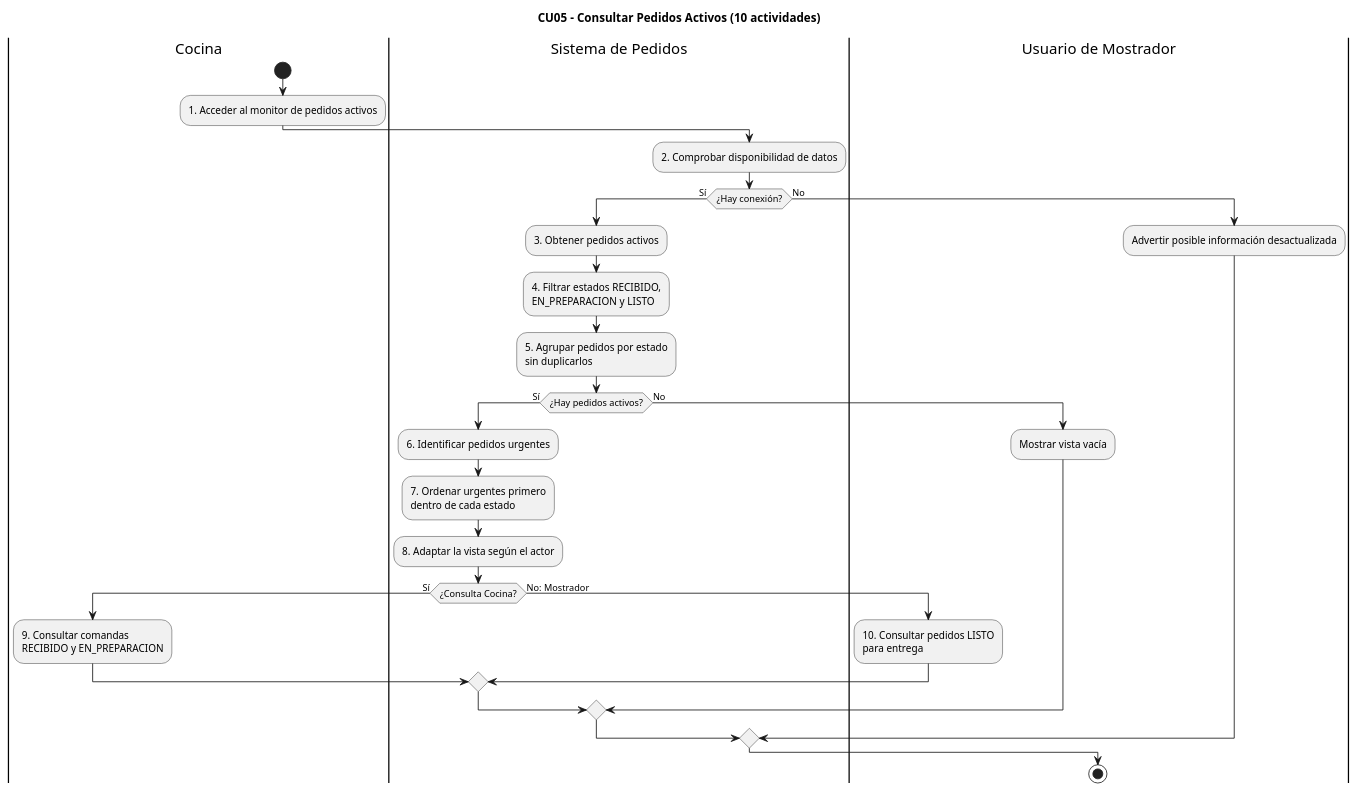
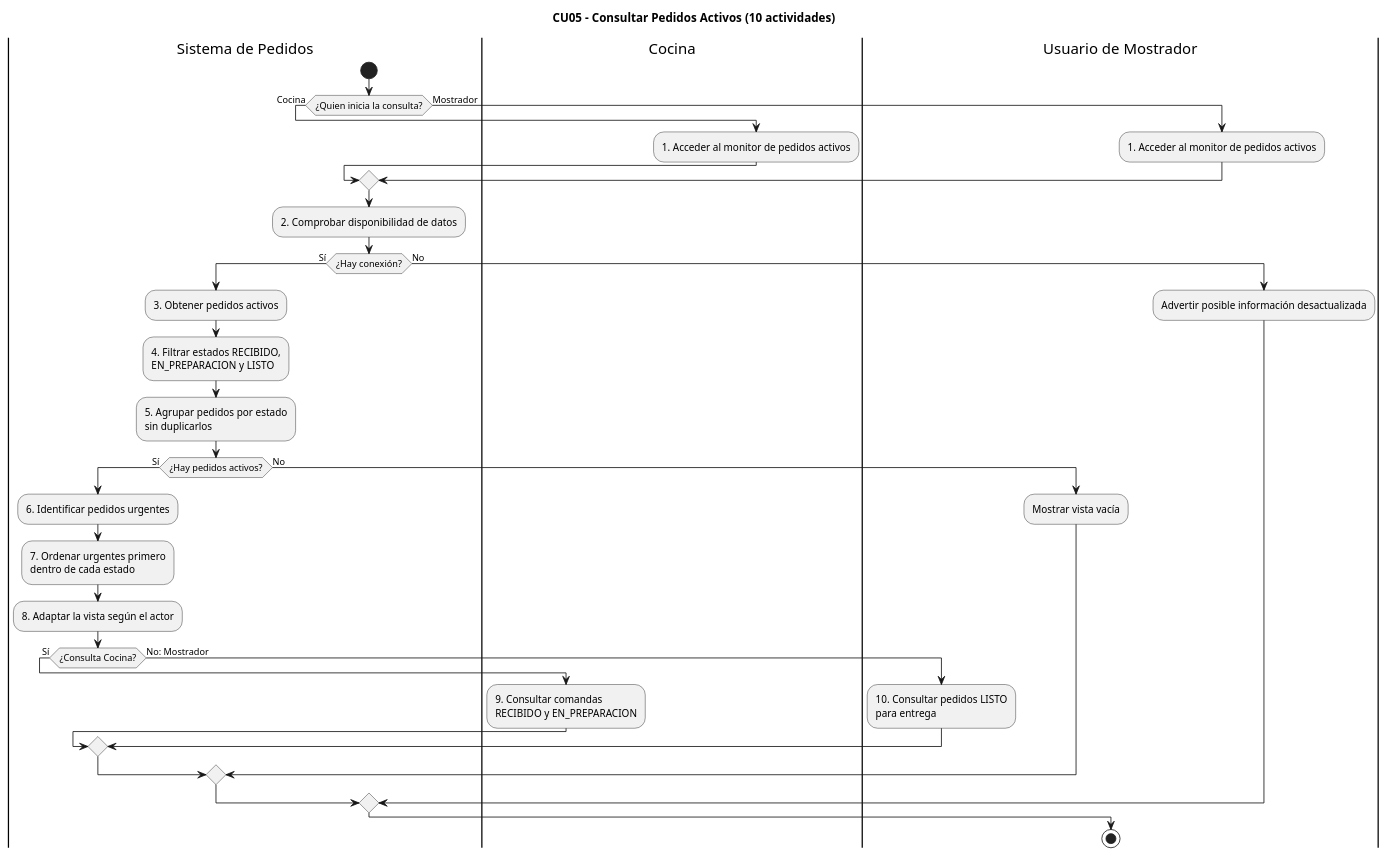
Before and after one commit to eloeyhe/SistemaPedidos: the diagram in diagramas/04-diagramas-actividades/04-actividad-consultar-pedidos-activos-05.puml, drawn with PlantUML. The commit also changed 7 other files, not shown here.

```diff
--- a/diagramas/04-diagramas-actividades/04-actividad-consultar-pedidos-activos-05.puml
+++ b/diagramas/04-diagramas-actividades/04-actividad-consultar-pedidos-activos-05.puml
@@ -1,37 +1,44 @@
 @startuml
 title CU05 - Consultar Pedidos Activos (10 actividades)
 
-|Cocina|
+|Sistema de Pedidos|
 start
-:1. Acceder al monitor de pedidos activos;
+
+if (¿Quien inicia la consulta?) then (Cocina)
+  |Cocina|
+  :1. Acceder al monitor de pedidos activos;
+else (Mostrador)
+  |Usuario de Mostrador|
+  :1. Acceder al monitor de pedidos activos;
+endif
 
 |Sistema de Pedidos|
 :2. Comprobar disponibilidad de datos;
 if (¿Hay conexión?) then (Sí)
   :3. Obtener pedidos activos;
   :4. Filtrar estados RECIBIDO,
 EN_PREPARACION y LISTO;
   :5. Agrupar pedidos por estado
 sin duplicarlos;
   if (¿Hay pedidos activos?) then (Sí)
     :6. Identificar pedidos urgentes;
     :7. Ordenar urgentes primero
 dentro de cada estado;
     :8. Adaptar la vista según el actor;
     if (¿Consulta Cocina?) then (Sí)
       |Cocina|
       :9. Consultar comandas
 RECIBIDO y EN_PREPARACION;
     else (No: Mostrador)
       |Usuario de Mostrador|
       :10. Consultar pedidos LISTO
 para entrega;
     endif
   else (No)
     :Mostrar vista vacía;
   endif
 else (No)
   :Advertir posible información desactualizada;
 endif
 stop
 @enduml
```
